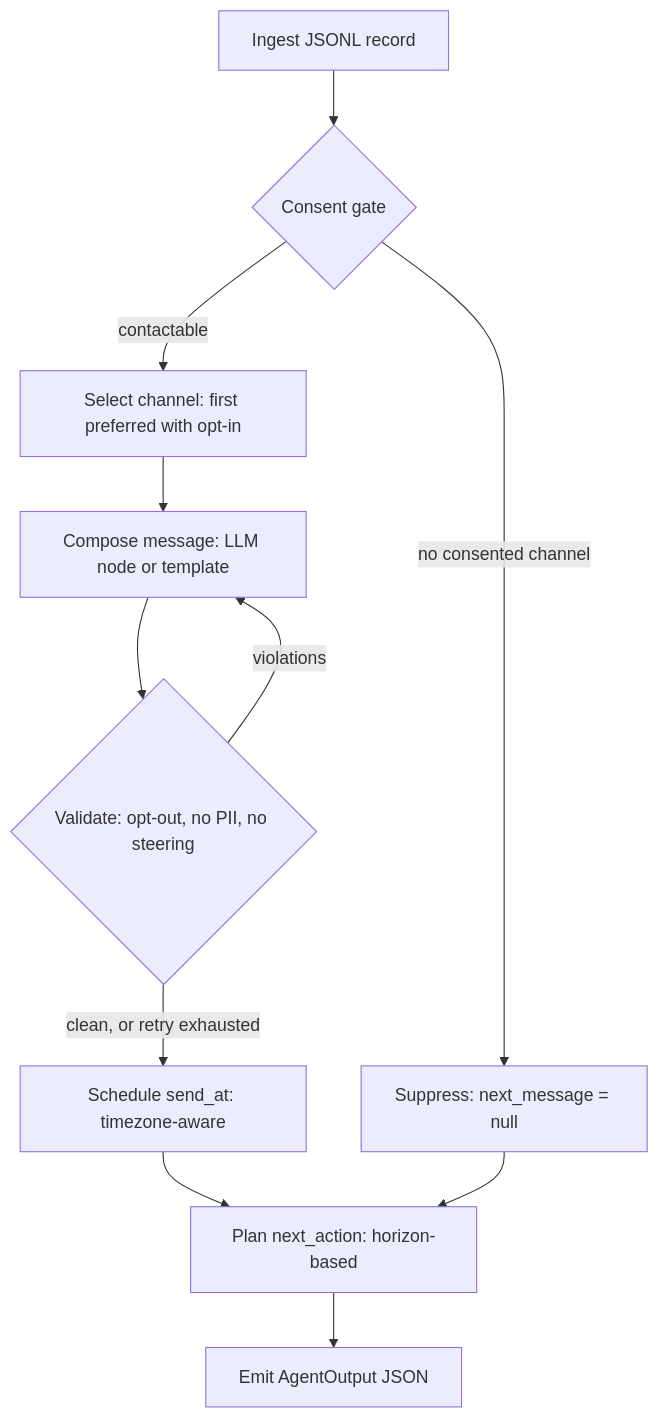
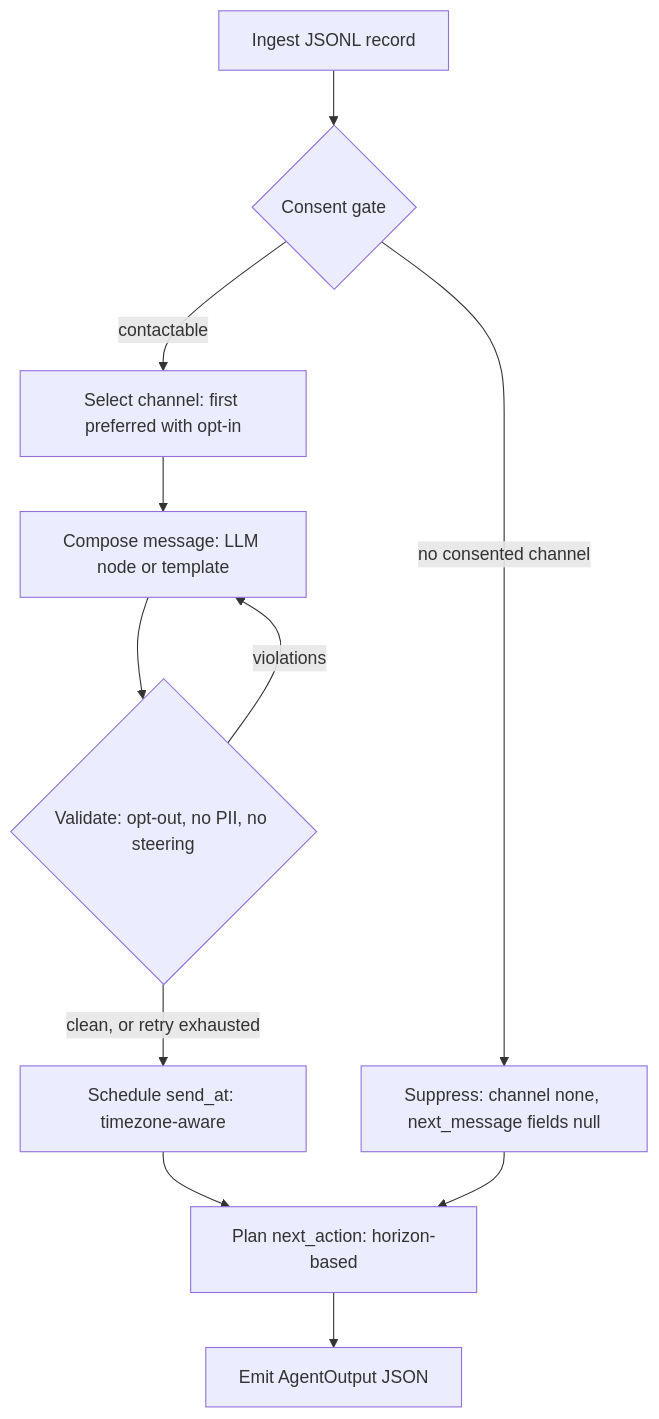
The diagram in README.md (AndrewVanDelden/RealPagesInterview), drawn with Mermaid before and after one commit. The commit also changed 3 other files, not shown here.

````diff
--- a/README.md
+++ b/README.md
@@ -24,13 +24,13 @@
 ```mermaid
 flowchart TD
     A[Ingest JSONL record] --> B{Consent gate}
-    B -- no consented channel --> S[Suppress: next_message = null]
+    B -- no consented channel --> S[Suppress: channel none, next_message fields null]
     B -- contactable --> C[Select channel: first preferred with opt-in]
     C --> D[Compose message: LLM node or template]
     D --> E{Validate: opt-out, no PII, no steering}
     E -- violations --> D
     E -- clean, or retry exhausted --> F[Schedule send_at: timezone-aware]
     F --> G[Plan next_action: horizon-based]
     S --> G
     G --> H[Emit AgentOutput JSON]
 ```
````
